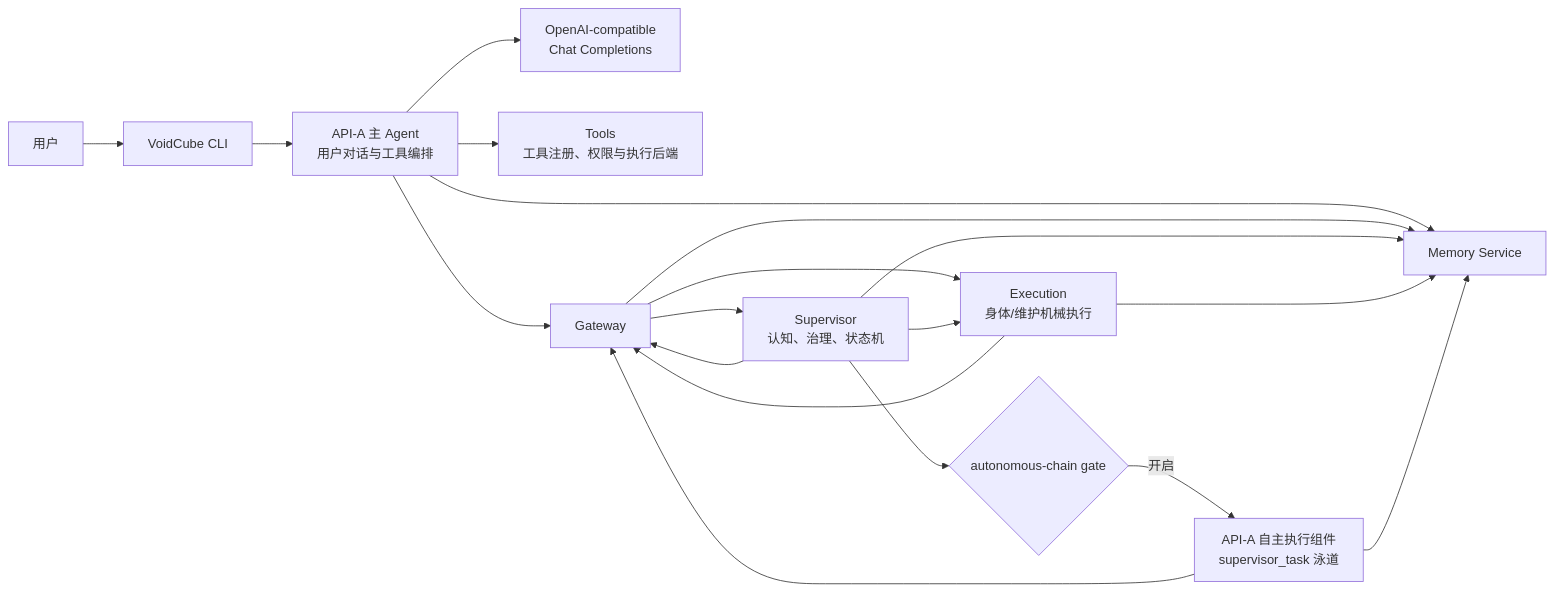
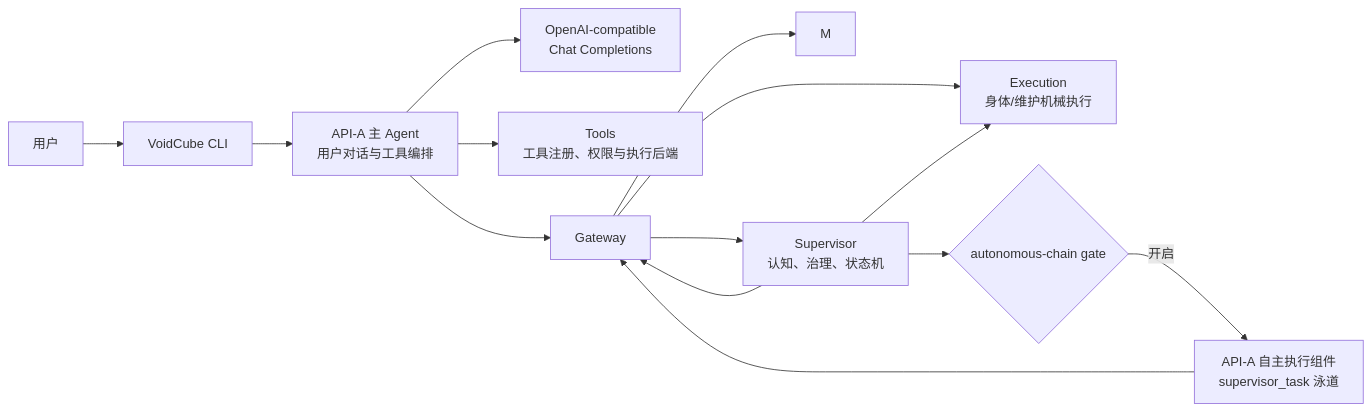
One commit to LSgit-hub/VoidCube changed the first of 5 diagrams in docs/项目架构与逻辑架构.md. Above: the diagram before and after it, drawn with Mermaid. The commit also changed other lines of this file and 24 other files, not shown here.

Commit message:
重构 VoidCube 架构的文档和代码结构 - 更新了多个 Markdown 文件中的文档日期，并明确了服务架构。 - 优化了 Memory Service 与 Supervisor 的交互，确保职责归属清晰明确。 - 改进 `run_agent.py` 中的代理中断处理机制，确保工具线程能正确响应中断信号。 - 从演化边界检查中移除了已弃用的 `systems/agent/` 路径。 - 增加了对工具执行和代理演化边界的测试，以确保系统健壮性。 - 调整了 CLI 命令执行测试，以验证新的中断处理逻辑。

````diff
--- a/docs/项目架构与逻辑架构.md
+++ b/docs/项目架构与逻辑架构.md
@@ -24,23 +24,18 @@
 ```mermaid
 flowchart LR
     U[用户] --> CLI[VoidCube CLI]
     CLI --> A[API-A 主 Agent\n用户对话与工具编排]
     A --> LLM[OpenAI-compatible\nChat Completions]
     A --> T[Tools\n工具注册、权限与执行后端]
     A --> G[Gateway]
-    A --> M[Memory Service]
 
     G --> M
     G --> S[Supervisor\n认知、治理、状态机]
     G --> E[Execution\n身体/维护机械执行]
-    S --> M
     S --> G
     S --> E
-    E --> G
-    E --> M
 
     S --> Q{autonomous-chain gate}
     Q -->|开启| AT[API-A 自主执行组件\nsupervisor_task 泳道]
     AT --> G
-    AT --> M
 ```
````
